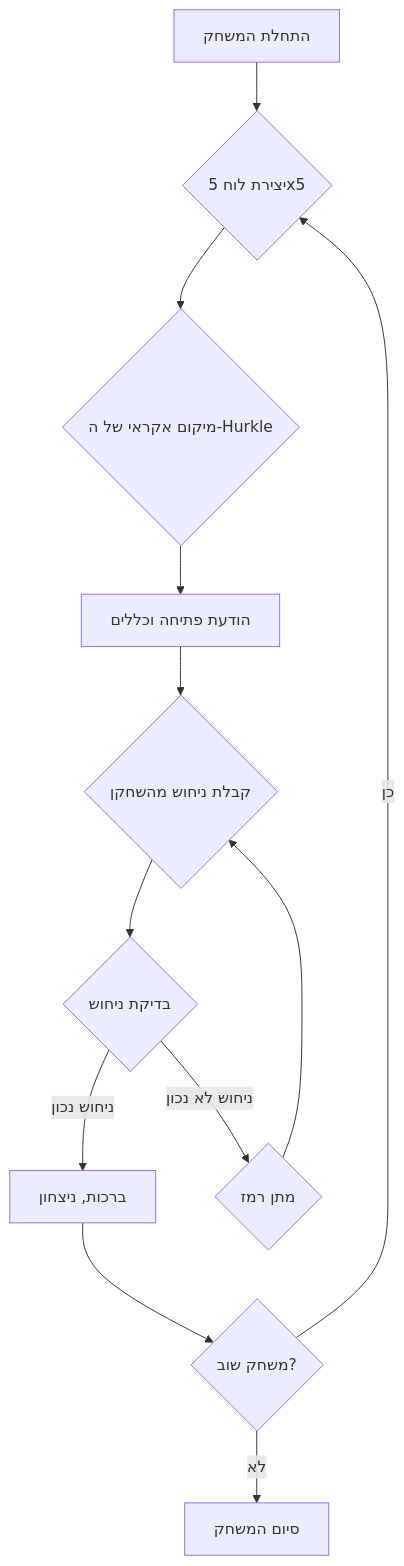
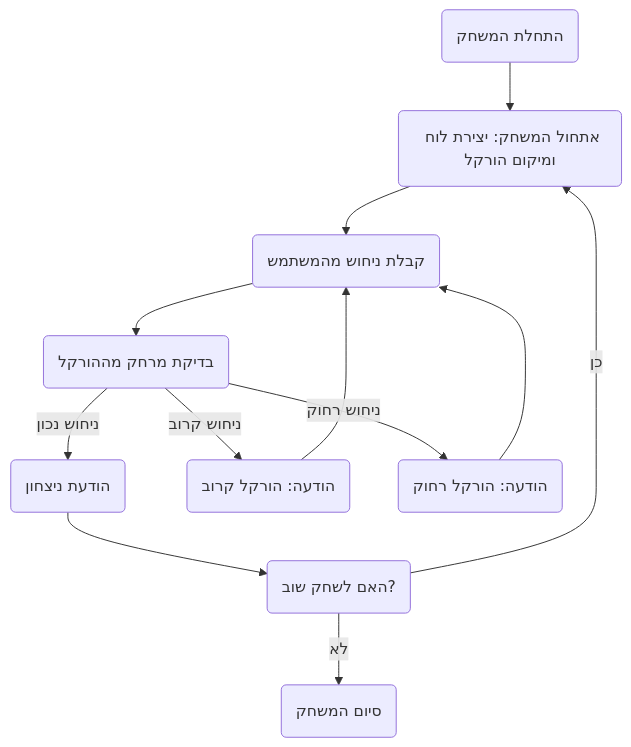
Before and after one commit to hypo69/hypo: the diagram in docs/gemini/he/explainer/src/endpoints/ai_games/101_basic_computer_games/ru/rules/54_hurkle.ru.md.md, drawn with Mermaid. The commit also changed other lines of this file and 885 other files, not shown here.

````diff
--- a/docs/gemini/he/explainer/src/endpoints/ai_games/101_basic_computer_games/ru/rules/54_hurkle.ru.md.md
+++ b/docs/gemini/he/explainer/src/endpoints/ai_games/101_basic_computer_games/ru/rules/54_hurkle.ru.md.md
@@ -42,16 +33,14 @@
 ```mermaid
 flowchart TD
-    A[התחלת המשחק] --> B{יצירת לוח 5x5};
-    B --> C{מיקום אקראי של ה-Hurkle};
-    C --> D[הודעת פתיחה וכללים];
-    D --> E{קבלת ניחוש מהשחקן};
-    E --> F{בדיקת ניחוש};
-    F -- ניחוש נכון --> G[ברכות, ניצחון];
-    F -- ניחוש לא נכון --> H{מתן רמז};
-    H --> E;
-    G --> I{משחק שוב?};
-    I -- כן --> B;
-    I -- לא --> J[סיום המשחק];
-    
-   
+    Start(התחלת המשחק) --> Init(אתחול המשחק: יצירת לוח ומיקום הורקל)
+    Init --> Input(קבלת ניחוש מהמשתמש)
+    Input --> Check(בדיקת מרחק מההורקל)
+    Check -- ניחוש נכון --> Win(הודעת ניצחון)
+    Check -- ניחוש קרוב --> Close(הודעה: הורקל קרוב)
+    Check -- ניחוש רחוק --> Far(הודעה: הורקל רחוק)
+    Win --> PlayAgain(האם לשחק שוב?)
+    PlayAgain -- כן --> Init
+    PlayAgain -- לא --> End(סיום המשחק)
+    Close --> Input
+    Far --> Input
 ```
````
